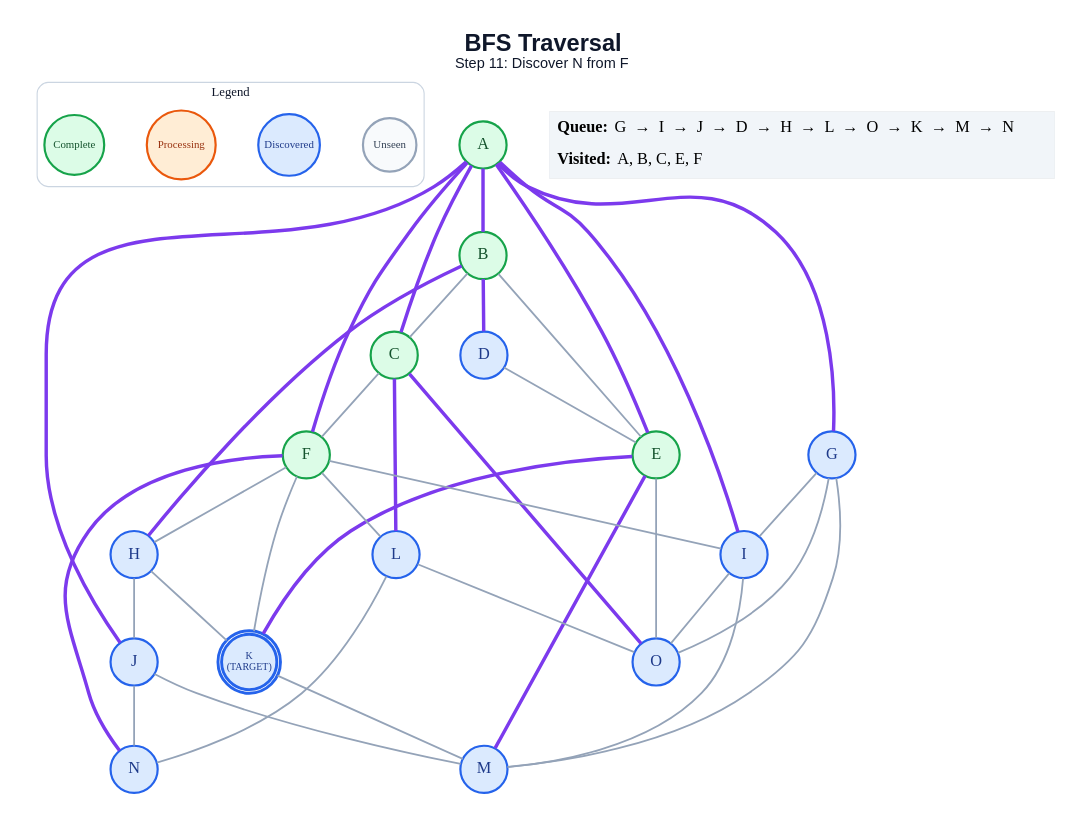
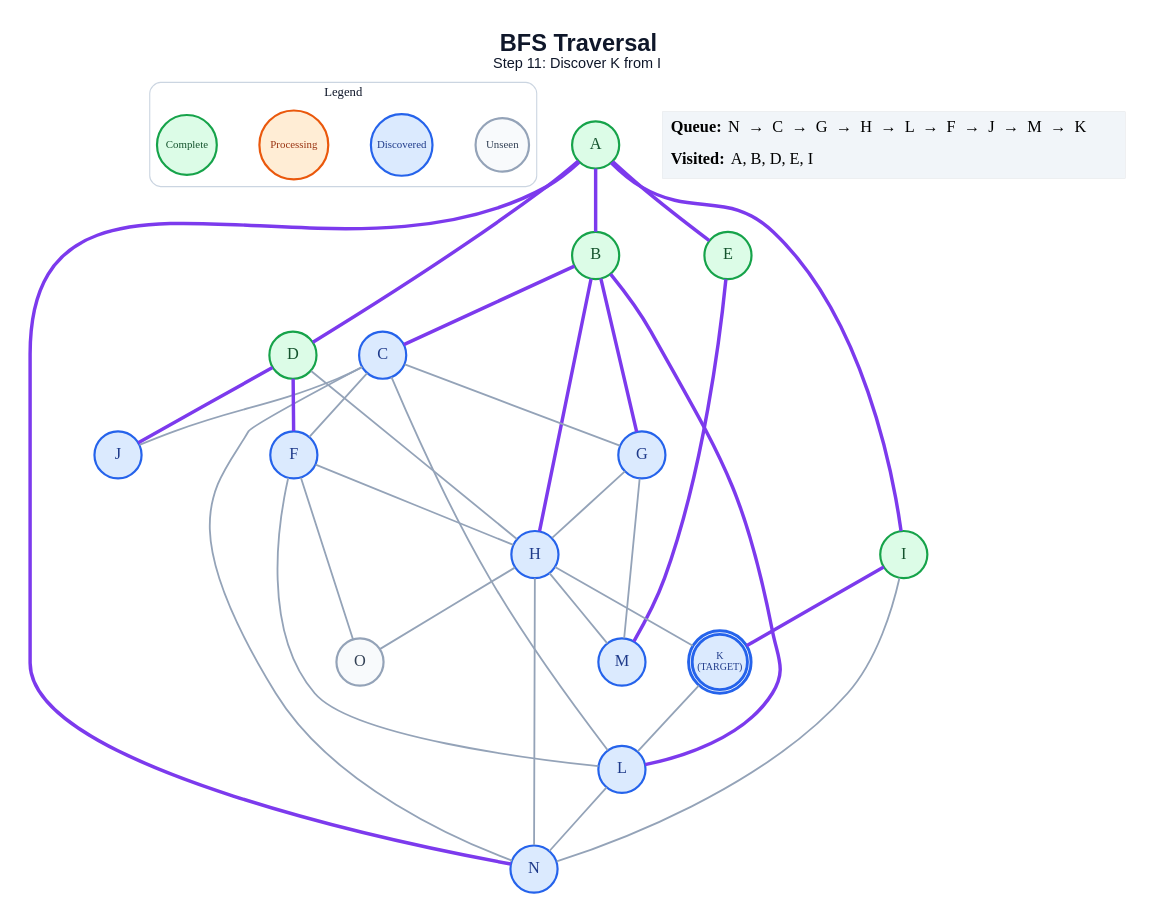
Before and after one commit to anon7238593-create/ai-slop: the diagram in generated/specific-node/bfs/step_11.dot, drawn with Graphviz. The commit also changed 286 other files, not shown here.

```diff
--- a/generated/specific-node/bfs/step_11.dot
+++ b/generated/specific-node/bfs/step_11.dot
@@ -1,69 +1,65 @@
 graph traversal {
   graph [layout=dot, rankdir=TB, bgcolor="#FFFFFF", pad="0.35", nodesep="0.65", ranksep="0.8", fontname="Arial"];
   node [shape=circle, style="filled", fontname="Arial Bold", fontsize=18, width=0.72, fixedsize=true, penwidth=2.4];
   edge [color="#94A3B8", penwidth=2.0];
-  label=<<B>BFS Traversal</B><BR/><FONT POINT-SIZE="16">Step 11: Discover N from F</FONT>>; labelloc="t"; fontsize=26; fontname="Arial"; fontcolor="#0F172A";
+  label=<<B>BFS Traversal</B><BR/><FONT POINT-SIZE="16">Step 11: Discover K from I</FONT>>; labelloc="t"; fontsize=26; fontname="Arial"; fontcolor="#0F172A";
   subgraph cluster_legend { label="Legend"; color="#CBD5E1"; penwidth=1.2; style="rounded"; fontsize=14; fontname="Arial Bold";
     key_unseen [label="Unseen", fillcolor="#F8FAFC", color="#94A3B8", fontcolor="#334155", fontsize=12, width=0.82];
     key_frontier [label="Discovered", fillcolor="#DBEAFE", color="#2563EB", fontcolor="#1E3A8A", fontsize=12, width=0.95];
     key_current [label="Processing", fillcolor="#FFEDD5", color="#EA580C", fontcolor="#9A3412", fontsize=12, width=1.05];
     key_done [label="Complete", fillcolor="#DCFCE7", color="#16A34A", fontcolor="#14532D", fontsize=12, width=0.92];
     { rank=same; key_unseen; key_frontier; key_current; key_done; }
   }
   A [label="A", fillcolor="#DCFCE7", color="#16A34A", fontcolor="#14532D", peripheries=1, penwidth=2.4];
   B [label="B", fillcolor="#DCFCE7", color="#16A34A", fontcolor="#14532D", peripheries=1, penwidth=2.4];
-  C [label="C", fillcolor="#DCFCE7", color="#16A34A", fontcolor="#14532D", peripheries=1, penwidth=2.4];
-  D [label="D", fillcolor="#DBEAFE", color="#2563EB", fontcolor="#1E3A8A", peripheries=1, penwidth=2.4];
+  C [label="C", fillcolor="#DBEAFE", color="#2563EB", fontcolor="#1E3A8A", peripheries=1, penwidth=2.4];
+  D [label="D", fillcolor="#DCFCE7", color="#16A34A", fontcolor="#14532D", peripheries=1, penwidth=2.4];
   E [label="E", fillcolor="#DCFCE7", color="#16A34A", fontcolor="#14532D", peripheries=1, penwidth=2.4];
-  F [label="F", fillcolor="#DCFCE7", color="#16A34A", fontcolor="#14532D", peripheries=1, penwidth=2.4];
+  F [label="F", fillcolor="#DBEAFE", color="#2563EB", fontcolor="#1E3A8A", peripheries=1, penwidth=2.4];
   G [label="G", fillcolor="#DBEAFE", color="#2563EB", fontcolor="#1E3A8A", peripheries=1, penwidth=2.4];
   H [label="H", fillcolor="#DBEAFE", color="#2563EB", fontcolor="#1E3A8A", peripheries=1, penwidth=2.4];
-  I [label="I", fillcolor="#DBEAFE", color="#2563EB", fontcolor="#1E3A8A", peripheries=1, penwidth=2.4];
+  I [label="I", fillcolor="#DCFCE7", color="#16A34A", fontcolor="#14532D", peripheries=1, penwidth=2.4];
   J [label="J", fillcolor="#DBEAFE", color="#2563EB", fontcolor="#1E3A8A", peripheries=1, penwidth=2.4];
   K [label="K\n(TARGET)", fillcolor="#DBEAFE", color="#2563EB", fontcolor="#1E3A8A", peripheries=2, penwidth=3.2, fontsize=11, width=0.85, height=0.85];
   L [label="L", fillcolor="#DBEAFE", color="#2563EB", fontcolor="#1E3A8A", peripheries=1, penwidth=2.4];
   M [label="M", fillcolor="#DBEAFE", color="#2563EB", fontcolor="#1E3A8A", peripheries=1, penwidth=2.4];
   N [label="N", fillcolor="#DBEAFE", color="#2563EB", fontcolor="#1E3A8A", peripheries=1, penwidth=2.4];
-  O [label="O", fillcolor="#DBEAFE", color="#2563EB", fontcolor="#1E3A8A", peripheries=1, penwidth=2.4];
+  O [label="O", fillcolor="#F8FAFC", color="#94A3B8", fontcolor="#334155", peripheries=1, penwidth=2.4];
   A -- B [color="#7C3AED", penwidth=3.8];
-  A -- C [color="#7C3AED", penwidth=3.8];
+  A -- D [color="#7C3AED", penwidth=3.8];
   A -- E [color="#7C3AED", penwidth=3.8];
-  A -- F [color="#7C3AED", penwidth=3.8];
-  A -- G [color="#7C3AED", penwidth=3.8];
   A -- I [color="#7C3AED", penwidth=3.8];
-  A -- J [color="#7C3AED", penwidth=3.8];
-  B -- C;
-  B -- D [color="#7C3AED", penwidth=3.8];
-  B -- E;
+  A -- N [color="#7C3AED", penwidth=3.8];
+  B -- C [color="#7C3AED", penwidth=3.8];
+  B -- G [color="#7C3AED", penwidth=3.8];
   B -- H [color="#7C3AED", penwidth=3.8];
+  B -- L [color="#7C3AED", penwidth=3.8];
   C -- F;
-  C -- L [color="#7C3AED", penwidth=3.8];
-  C -- O [color="#7C3AED", penwidth=3.8];
-  D -- E;
-  E -- K [color="#7C3AED", penwidth=3.8];
+  C -- G;
+  C -- J;
+  C -- L;
+  C -- N;
+  D -- F [color="#7C3AED", penwidth=3.8];
+  D -- H;
+  D -- J [color="#7C3AED", penwidth=3.8];
   E -- M [color="#7C3AED", penwidth=3.8];
-  E -- O;
   F -- H;
-  F -- I;
-  F -- K;
   F -- L;
-  F -- N [color="#7C3AED", penwidth=3.8];
-  G -- I;
+  F -- O;
+  G -- H;
   G -- M;
-  G -- O;
-  H -- J;
   H -- K;
-  I -- M;
-  I -- O;
-  J -- M;
-  J -- N;
-  K -- M;
+  H -- M;
+  H -- N;
+  H -- O;
+  I -- K [color="#7C3AED", penwidth=3.8];
+  I -- N;
+  K -- L;
   L -- N;
-  L -- O;
   status [shape=plain, fixedsize=false, width=0, height=0, margin=0, label=<
     <TABLE BORDER="0" CELLBORDER="0" CELLPADDING="7" BGCOLOR="#F1F5F9">
-      <TR><TD ALIGN="LEFT"><B>Queue:</B> G  →  I  →  J  →  D  →  H  →  L  →  O  →  K  →  M  →  N</TD></TR>
-      <TR><TD ALIGN="LEFT"><B>Visited:</B> A, B, C, E, F</TD></TR>
+      <TR><TD ALIGN="LEFT"><B>Queue:</B> N  →  C  →  G  →  H  →  L  →  F  →  J  →  M  →  K</TD></TR>
+      <TR><TD ALIGN="LEFT"><B>Visited:</B> A, B, D, E, I</TD></TR>
     </TABLE>
   >];
 }
```
